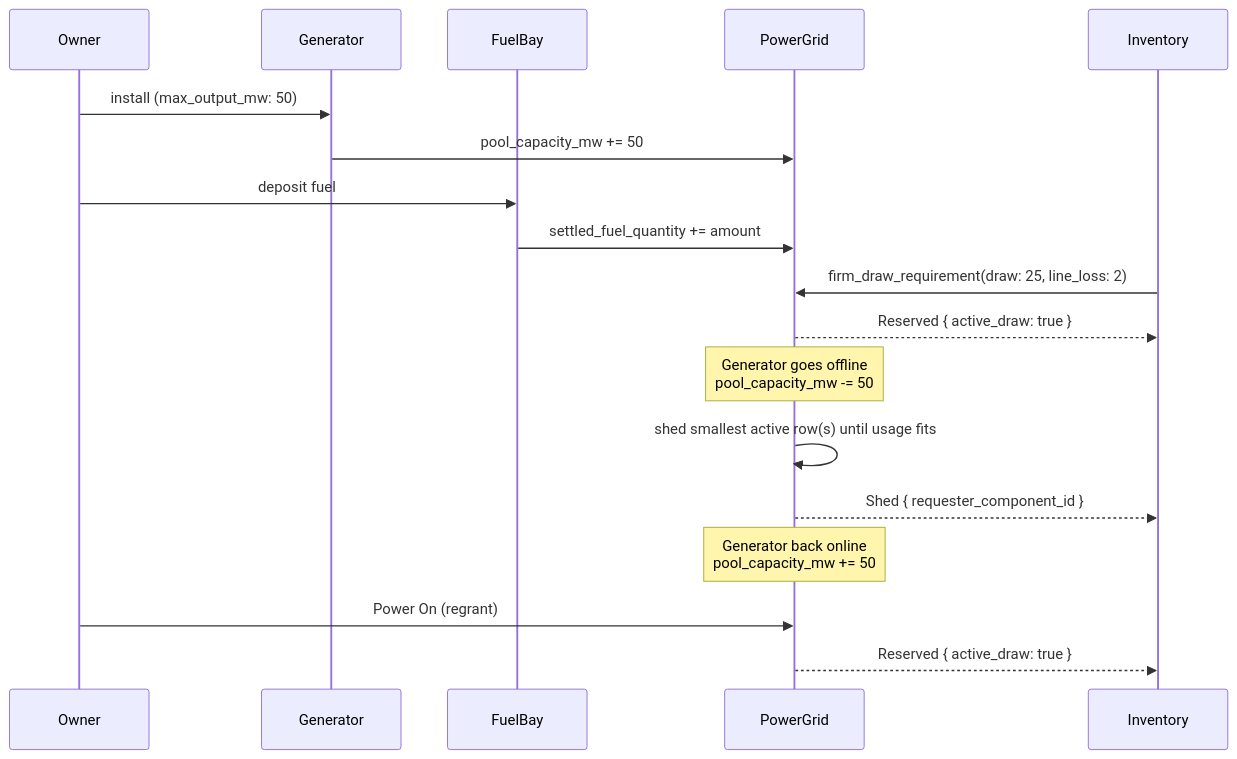
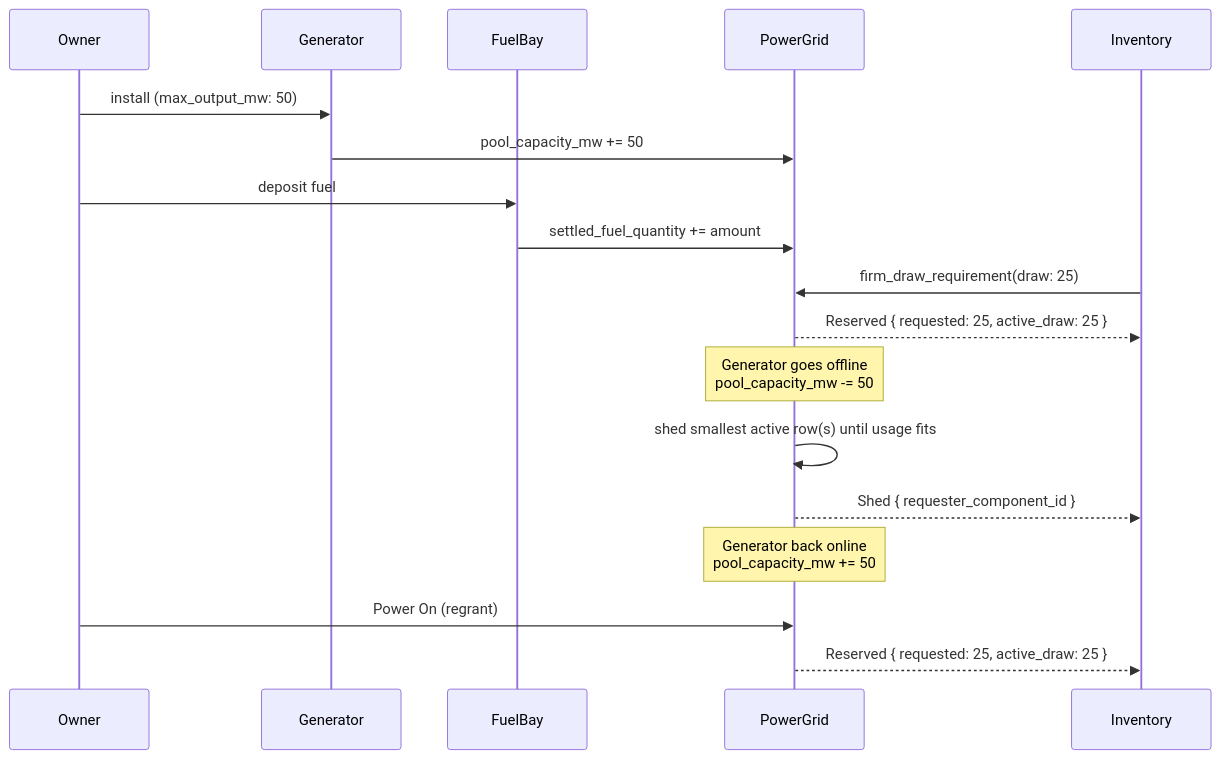
One commit to evefrontier/world-contracts changed the second of 2 diagrams in docs/adr/0004-onchain-power-network.md. Above: the diagram before and after it, drawn with Mermaid. The commit also changed other lines of this file, not shown here.

Commit message:
docs: add design for elastic draw

````diff
--- a/docs/adr/0004-onchain-power-network.md
+++ b/docs/adr/0004-onchain-power-network.md
@@ -76,23 +80,23 @@
 ```mermaid
 sequenceDiagram
     participant Owner
     participant Generator
     participant FuelBay
     participant PowerGrid
     participant Inventory as Inventory
 
     Owner->>Generator: install (max_output_mw: 50)
     Generator->>PowerGrid: pool_capacity_mw += 50
     Owner->>FuelBay: deposit fuel
     FuelBay->>PowerGrid: settled_fuel_quantity += amount
-    Inventory->>PowerGrid: firm_draw_requirement(draw: 25, line_loss: 2)
-    PowerGrid-->>Inventory: Reserved { active_draw: true }
+    Inventory->>PowerGrid: firm_draw_requirement(draw: 25)
+    PowerGrid-->>Inventory: Reserved { requested: 25, active_draw: 25 }
 
     Note over PowerGrid: Generator goes offline<br/>pool_capacity_mw -= 50
     PowerGrid->>PowerGrid: shed smallest active row(s) until usage fits
     PowerGrid-->>Inventory: Shed { requester_component_id }
 
     Note over PowerGrid: Generator back online<br/>pool_capacity_mw += 50
     Owner->>PowerGrid: Power On (regrant)
-    PowerGrid-->>Inventory: Reserved { active_draw: true }
+    PowerGrid-->>Inventory: Reserved { requested: 25, active_draw: 25 }
 ```
````
